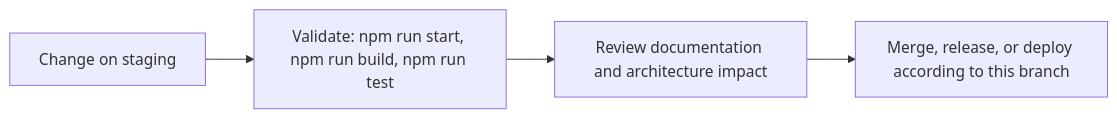
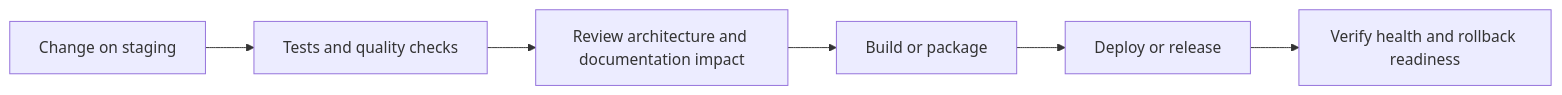
Before and after one commit to Nischhalsubba/Pihub-Investor: the fifth of 6 diagrams in README.md, drawn with Mermaid. The commit also changed other lines of this file, not shown here.

````diff
--- a/README.md
+++ b/README.md
@@ -61,8 +152,8 @@
 ```mermaid
 flowchart LR
-    CHANGE["Change on staging"]
-    CHECK["Validate: npm run start, npm run build, npm run test"]
-    REVIEW["Review documentation and architecture impact"]
-    RELEASE["Merge, release, or deploy according to this branch"]
-    CHANGE --> CHECK --> REVIEW --> RELEASE
+    CHANGE["Change on staging"] --> CHECK["Tests and quality checks"]
+    CHECK --> REVIEW["Review architecture and documentation impact"]
+    REVIEW --> BUILD["Build or package"]
+    BUILD --> DEPLOY["Deploy or release"]
+    DEPLOY --> VERIFY["Verify health and rollback readiness"]
 ```
````
